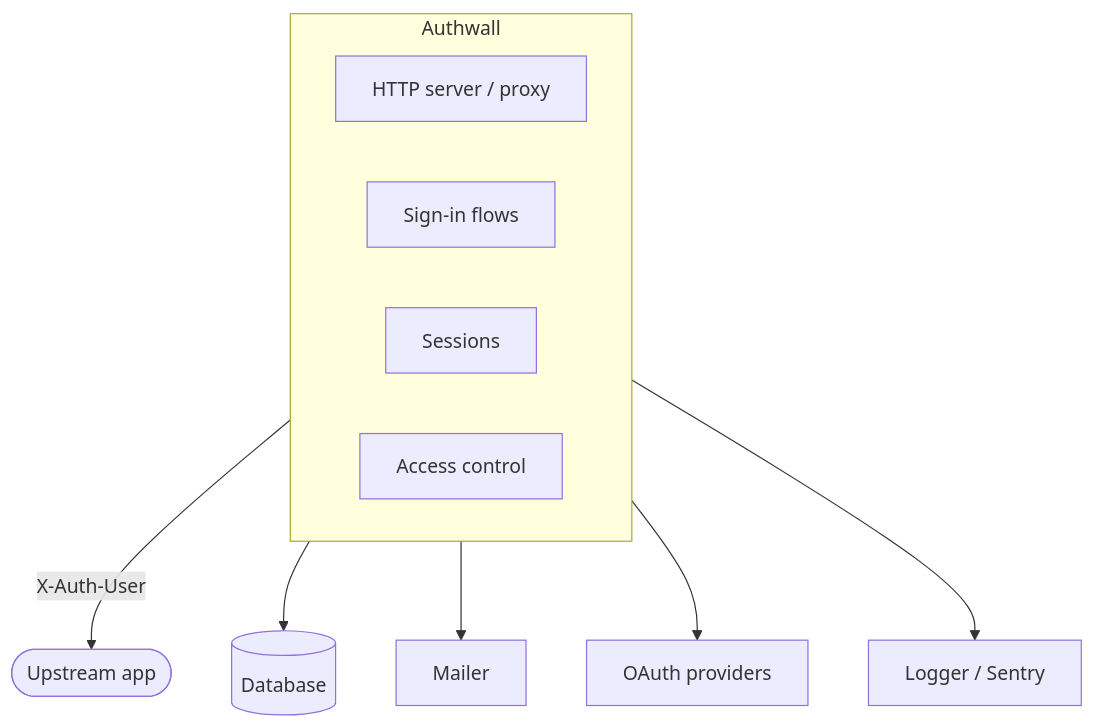
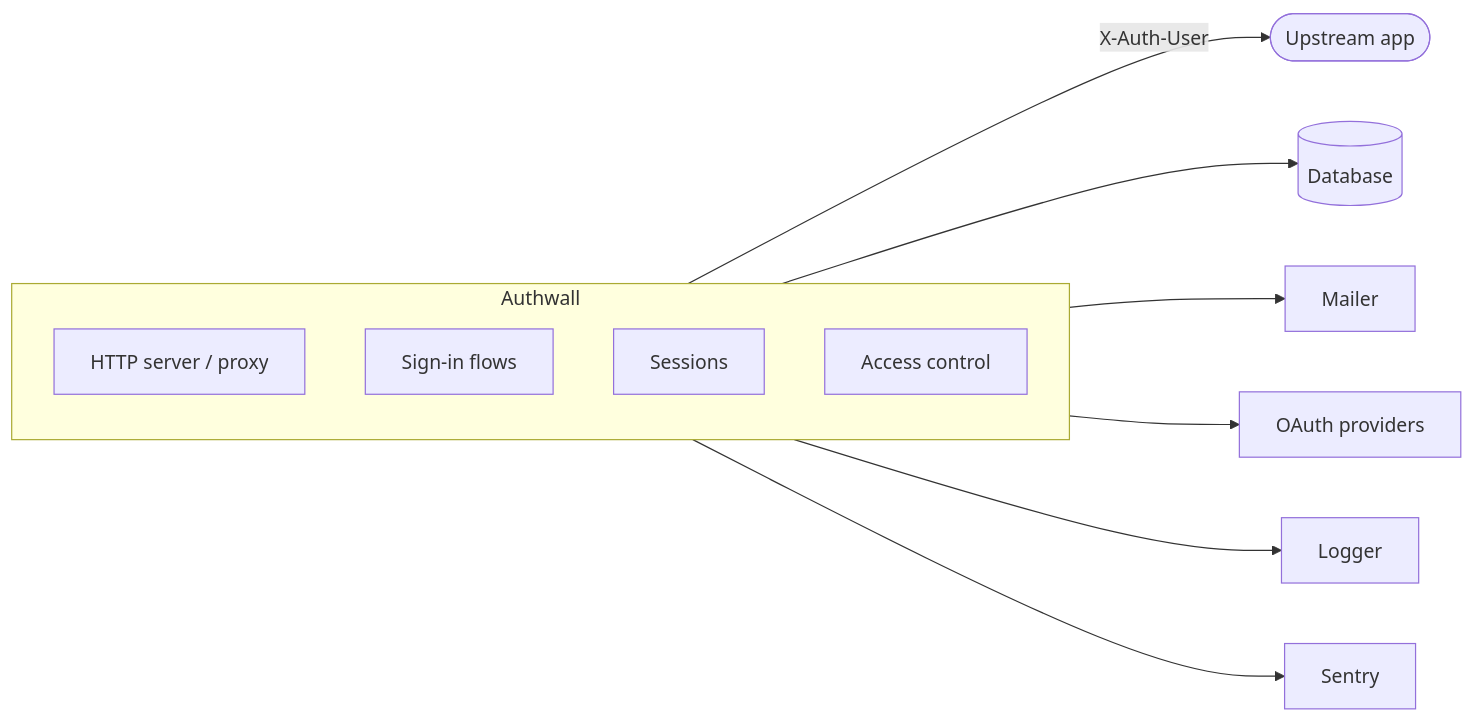
Before and after one commit to vbarbarosh/authwall: the diagram in docs/architecture.md, drawn with Mermaid. The commit also changed other lines of this file, not shown here.

````diff
--- a/docs/architecture.md
+++ b/docs/architecture.md
@@ -7,21 +35,26 @@
 ```mermaid
-flowchart TB
+flowchart LR
     subgraph authwall [Authwall]
         server[HTTP server / proxy]
         flows[Sign-in flows]
         sessions[Sessions]
         access[Access control]
     end
 
-    app([Upstream app])
-    db[(Database)]
-    mailer[Mailer]
-    oauth[OAuth providers]
-    obs[Logger / Sentry]
+    authwall -->|X-Auth-User| app([Upstream app])
+    authwall --> db[(Database)]
+    authwall --> mailer[Mailer]
+    authwall --> oauth[OAuth providers]
+    authwall --> logger[Logger]
+    authwall --> sentry[Sentry]
 
-    authwall -->|X-Auth-User| app
-    authwall --> db
-    authwall --> mailer
-    authwall --> oauth
-    authwall --> obs
+    click server "deployment.md"
+    click flows "sign-in-flows.md"
+    click sessions "security.md"
+    click access "config.md#access-rules"
+    click db "config.md#authwall_db"
+    click mailer "config.md#authwall_mailer"
+    click oauth "oauth-providers.md"
+    click logger "config.md#authwall_logger"
+    click sentry "config.md#sentry"
 ```
````
